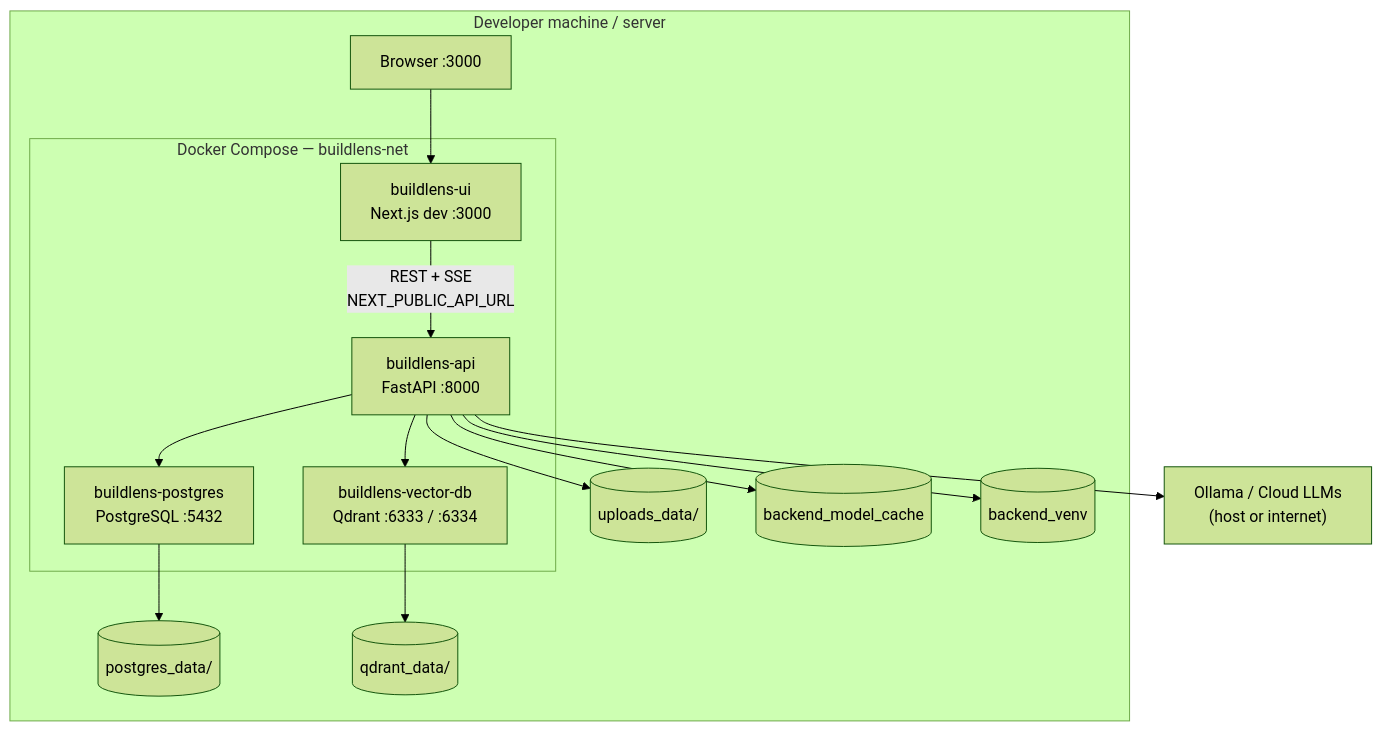
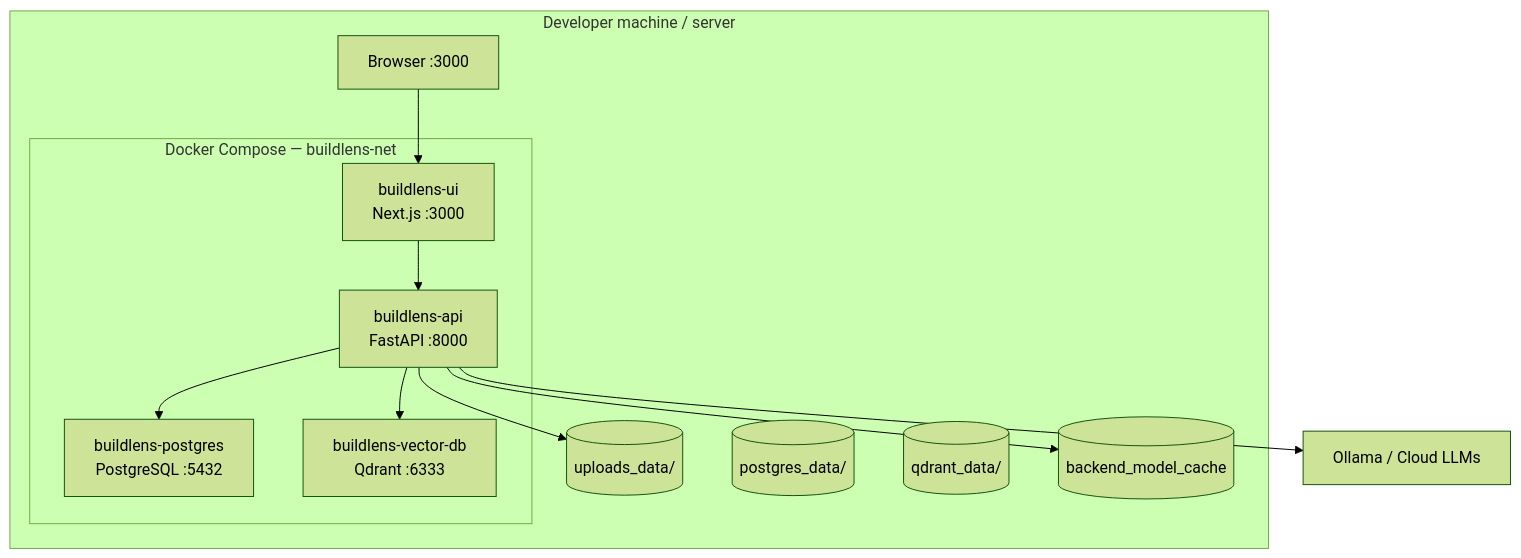
Before and after one commit to rajbhupendra588/BuildLens: the second of 3 diagrams in README.md, drawn with Mermaid (forest theme). The commit also changed other lines of this file and 2 other files, not shown here.

````diff
--- a/README.md
+++ b/README.md
@@ -28,32 +220,24 @@
 ```mermaid
 flowchart TB
   subgraph Host["Developer machine / server"]
     Browser["Browser :3000"]
-
     subgraph Docker["Docker Compose — buildlens-net"]
-      UI["buildlens-ui<br/>Next.js dev :3000"]
+      UI["buildlens-ui<br/>Next.js :3000"]
       API["buildlens-api<br/>FastAPI :8000"]
       PG["buildlens-postgres<br/>PostgreSQL :5432"]
-      QD["buildlens-vector-db<br/>Qdrant :6333 / :6334"]
+      QD["buildlens-vector-db<br/>Qdrant :6333"]
     end
-
     VolUploads[("uploads_data/")]
     VolPG[("postgres_data/")]
     VolQD[("qdrant_data/")]
     VolCache[("backend_model_cache")]
-    VolVenv[("backend_venv")]
   end
-
-  Ollama["Ollama / Cloud LLMs<br/>(host or internet)"]
-
+  Ollama["Ollama / Cloud LLMs"]
   Browser --> UI
-  UI -->|"REST + SSE<br/>NEXT_PUBLIC_API_URL"| API
+  UI --> API
   API --> PG
   API --> QD
   API --> VolUploads
   API --> VolCache
-  PG --> VolPG
-  QD --> VolQD
-  API --> VolVenv
   API --> Ollama
 ```
````
